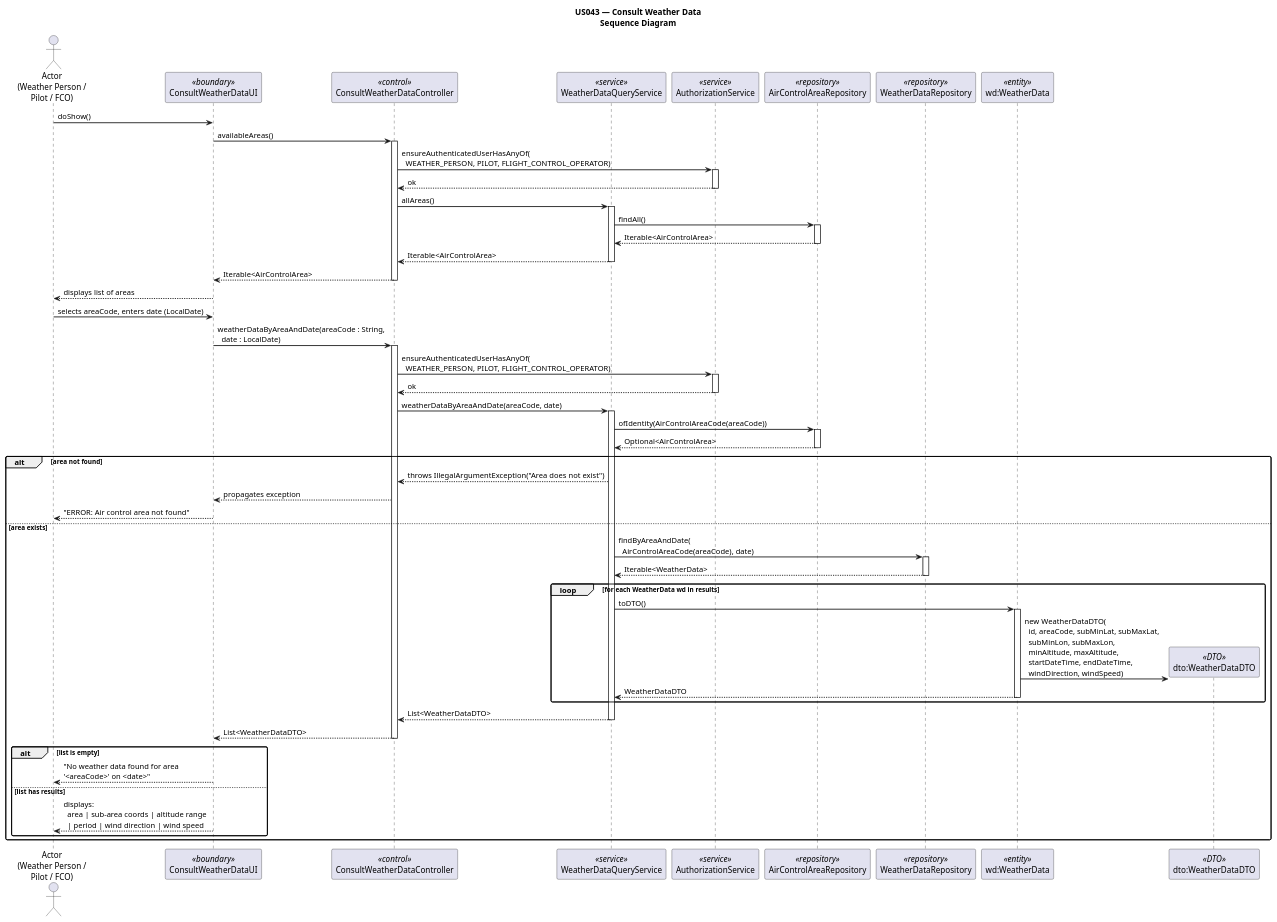
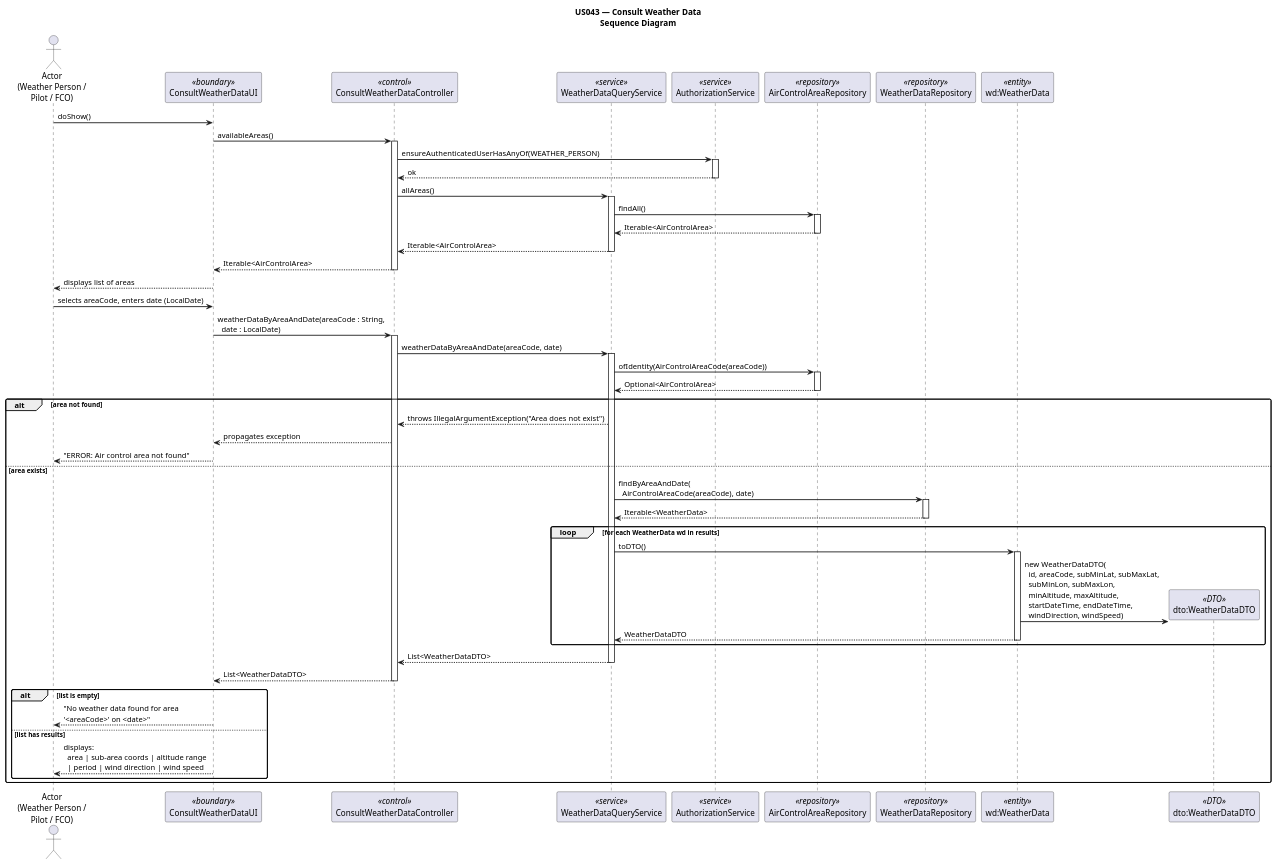
The diagram in docs/Sprint 3/EAPLI/US043/puml/US043-sequence-diagram.puml (DuartePinto1240/sem4pi2526-sem4pi2526_2da2), drawn with PlantUML before and after one commit. The commit also changed 18 other files, not shown here.

```diff
--- a/docs/Sprint 3/EAPLI/US043/puml/US043-sequence-diagram.puml
+++ b/docs/Sprint 3/EAPLI/US043/puml/US043-sequence-diagram.puml
@@ -1,93 +1,88 @@
 @startuml
 title US043 — Consult Weather Data\nSequence Diagram
 
 skinparam sequenceArrowThickness 1.5
 skinparam roundcorner 5
 
 actor "Actor\n(Weather Person /\nPilot / FCO)" as USER
 
 participant ConsultWeatherDataUI         as UI      <<boundary>>
 participant ConsultWeatherDataController as CTRL    <<control>>
 participant WeatherDataQueryService      as SVC     <<service>>
 participant AuthorizationService         as AUTHZ   <<service>>
 participant AirControlAreaRepository     as AREA_REPO <<repository>>
 participant WeatherDataRepository        as WD_REPO <<repository>>
 participant "wd:WeatherData"             as WD      <<entity>>
 participant "dto:WeatherDataDTO"         as DTO     <<DTO>>
 
 USER -> UI : doShow()
 
 UI -> CTRL : availableAreas()
 activate CTRL
 
-CTRL -> AUTHZ : ensureAuthenticatedUserHasAnyOf(\n  WEATHER_PERSON, PILOT, FLIGHT_CONTROL_OPERATOR)
+CTRL -> AUTHZ : ensureAuthenticatedUserHasAnyOf(WEATHER_PERSON)
 activate AUTHZ
 AUTHZ --> CTRL : ok
 deactivate AUTHZ
 
 CTRL -> SVC : allAreas()
 activate SVC
 SVC -> AREA_REPO : findAll()
 activate AREA_REPO
 AREA_REPO --> SVC : Iterable<AirControlArea>
 deactivate AREA_REPO
 SVC --> CTRL : Iterable<AirControlArea>
 deactivate SVC
 
 CTRL --> UI : Iterable<AirControlArea>
 deactivate CTRL
 
 UI --> USER : displays list of areas
 
 USER -> UI : selects areaCode, enters date (LocalDate)
 
 UI -> CTRL : weatherDataByAreaAndDate(areaCode : String,\n  date : LocalDate)
 activate CTRL
-
-CTRL -> AUTHZ : ensureAuthenticatedUserHasAnyOf(\n  WEATHER_PERSON, PILOT, FLIGHT_CONTROL_OPERATOR)
-activate AUTHZ
-AUTHZ --> CTRL : ok
-deactivate AUTHZ
 
 CTRL -> SVC : weatherDataByAreaAndDate(areaCode, date)
 activate SVC
 
 SVC -> AREA_REPO : ofIdentity(AirControlAreaCode(areaCode))
 activate AREA_REPO
 AREA_REPO --> SVC : Optional<AirControlArea>
 deactivate AREA_REPO
 
 alt area not found
     SVC --> CTRL : throws IllegalArgumentException("Area does not exist")
     CTRL --> UI : propagates exception
     UI --> USER : "ERROR: Air control area not found"
 
 else area exists
 
     SVC -> WD_REPO : findByAreaAndDate(\n  AirControlAreaCode(areaCode), date)
     activate WD_REPO
     WD_REPO --> SVC : Iterable<WeatherData>
     deactivate WD_REPO
 
     loop for each WeatherData wd in results
         SVC -> WD : toDTO()
         activate WD
         WD -> DTO ** : new WeatherDataDTO(\n  id, areaCode, subMinLat, subMaxLat,\n  subMinLon, subMaxLon,\n  minAltitude, maxAltitude,\n  startDateTime, endDateTime,\n  windDirection, windSpeed)
         WD --> SVC : WeatherDataDTO
         deactivate WD
     end
 
     SVC --> CTRL : List<WeatherDataDTO>
     deactivate SVC
 
     CTRL --> UI : List<WeatherDataDTO>
     deactivate CTRL
 
     alt list is empty
         UI --> USER : "No weather data found for area\n'<areaCode>' on <date>"
     else list has results
         UI --> USER : displays:\n  area | sub-area coords | altitude range\n  | period | wind direction | wind speed
     end
 end
 
 @enduml
```
